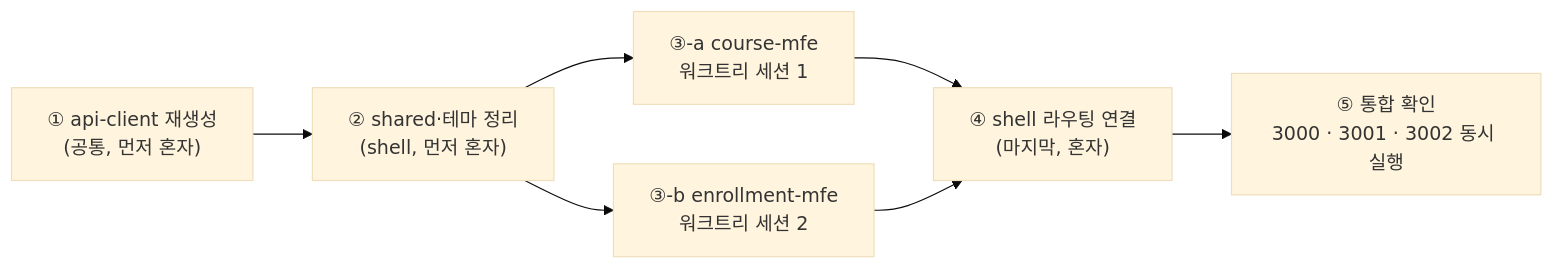
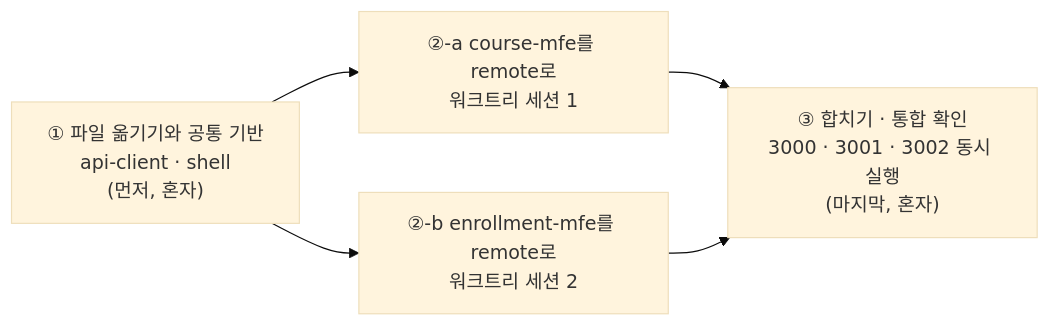
Before and after one commit to lucky-sugar-park/claude-edu: the second of 6 diagrams in sessions/session-06-plugins-artifacts-mfe.md, drawn with Mermaid (base theme). The commit also changed other lines of this file and 5 other files, not shown here.

````diff
--- a/sessions/session-06-plugins-artifacts-mfe.md
+++ b/sessions/session-06-plugins-artifacts-mfe.md
@@ -134,9 +134,7 @@
 ```mermaid
 flowchart LR
-    A["① api-client 재생성<br/>(공통, 먼저 혼자)"] --> B["② shared·테마 정리<br/>(shell, 먼저 혼자)"]
-    B --> C1["③-a course-mfe<br/>워크트리 세션 1"]
-    B --> C2["③-b enrollment-mfe<br/>워크트리 세션 2"]
-    C1 --> D["④ shell 라우팅 연결<br/>(마지막, 혼자)"]
+    A["① 파일 옮기기와 공통 기반<br/>api-client · shell<br/>(먼저, 혼자)"] --> C1["②-a course-mfe를 remote로<br/>워크트리 세션 1"]
+    A --> C2["②-b enrollment-mfe를 remote로<br/>워크트리 세션 2"]
+    C1 --> D["③ 합치기 · 통합 확인<br/>3000 · 3001 · 3002 동시 실행<br/>(마지막, 혼자)"]
     C2 --> D
-    D --> E["⑤ 통합 확인<br/>3000 · 3001 · 3002 동시 실행"]
 ```
````
